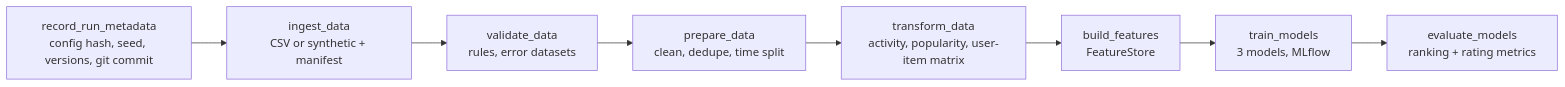
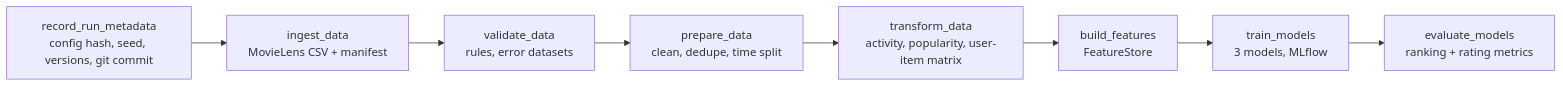
One commit to nij-117-07/recommendation-pipeline changed the first of 2 diagrams in reports/architecture.md. Above: the diagram before and after it, drawn with Mermaid. The commit also changed other lines of this file and 22 other files, not shown here.

````diff
--- a/reports/architecture.md
+++ b/reports/architecture.md
@@ -5,13 +5,13 @@
 ```mermaid
 flowchart LR
     M[record_run_metadata<br/>config hash, seed, versions, git commit]
-    I[ingest_data<br/>CSV or synthetic + manifest]
+    I[ingest_data<br/>MovieLens CSV + manifest]
     V[validate_data<br/>rules, error datasets]
     P[prepare_data<br/>clean, dedupe, time split]
     T[transform_data<br/>activity, popularity, user-item matrix]
     F[build_features<br/>FeatureStore]
     TR[train_models<br/>3 models, MLflow]
     E[evaluate_models<br/>ranking + rating metrics]
 
     M --> I --> V --> P --> T --> F --> TR --> E
 ```
````
